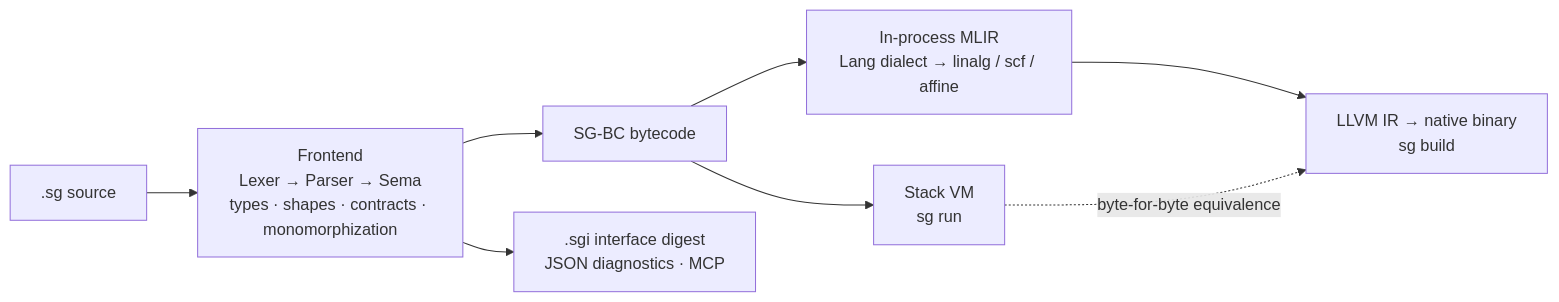
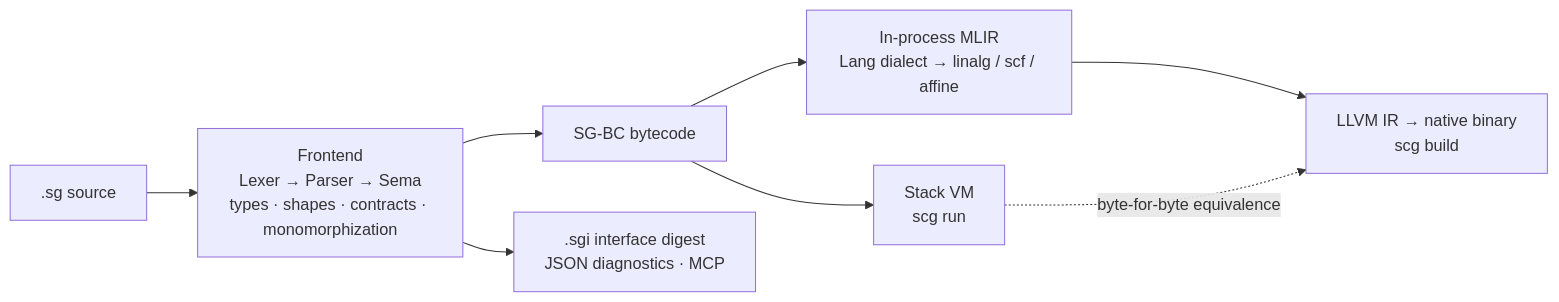
One commit to YuanBaoSMadLab/scourge changed the diagram in README_EN.md. Above: the diagram before and after it, drawn with Mermaid. The commit also changed other lines of this file and 93 other files, not shown here.

````diff
--- a/README_EN.md
+++ b/README_EN.md
@@ -153,10 +153,10 @@
 ```mermaid
 flowchart LR
     A[".sg source"] --> B["Frontend<br/>Lexer → Parser → Sema<br/>types · shapes · contracts · monomorphization"]
     B --> C["SG-BC bytecode"]
-    C --> D["Stack VM<br/>sg run"]
+    C --> D["Stack VM<br/>scg run"]
     C --> E["In-process MLIR<br/>Lang dialect → linalg / scf / affine"]
-    E --> F["LLVM IR → native binary<br/>sg build"]
+    E --> F["LLVM IR → native binary<br/>scg build"]
     D -. byte-for-byte equivalence .-> F
     B --> G[".sgi interface digest<br/>JSON diagnostics · MCP"]
 ```
````
